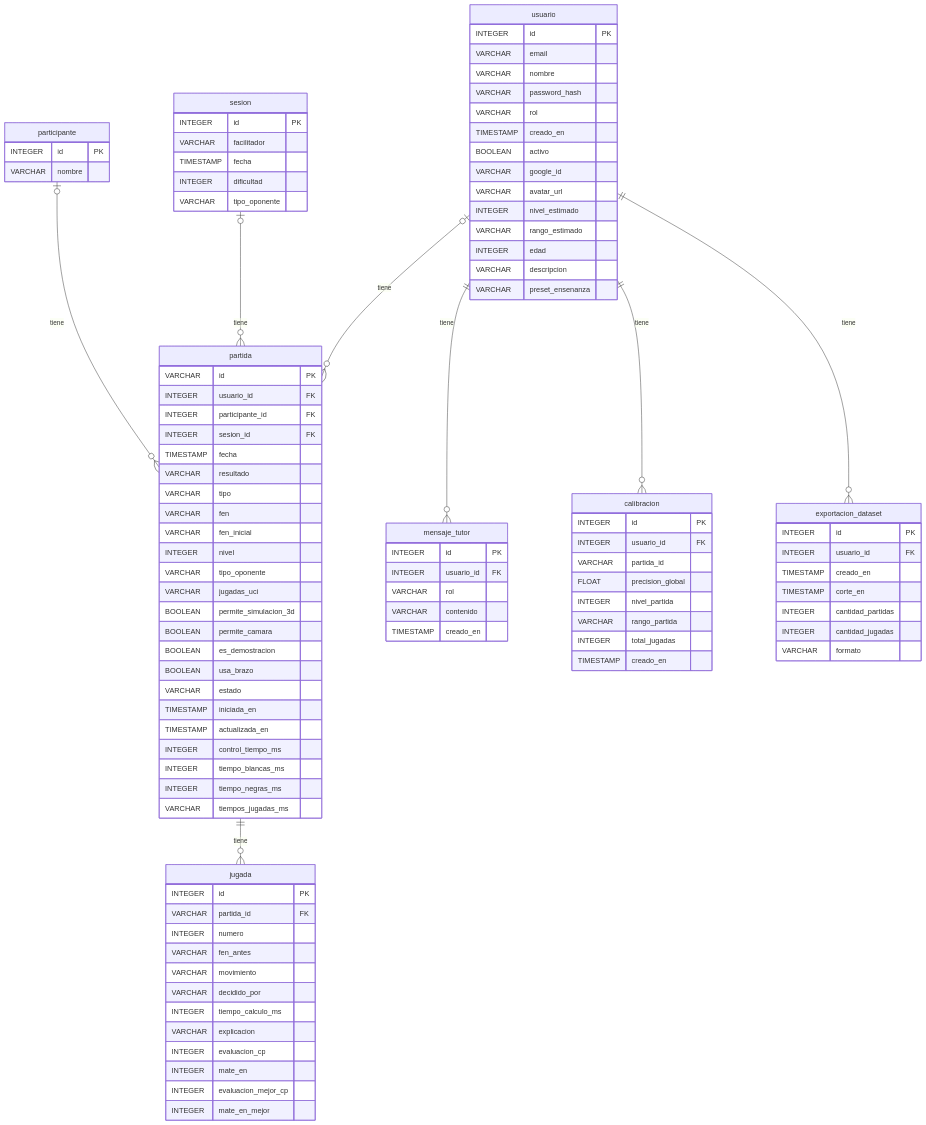
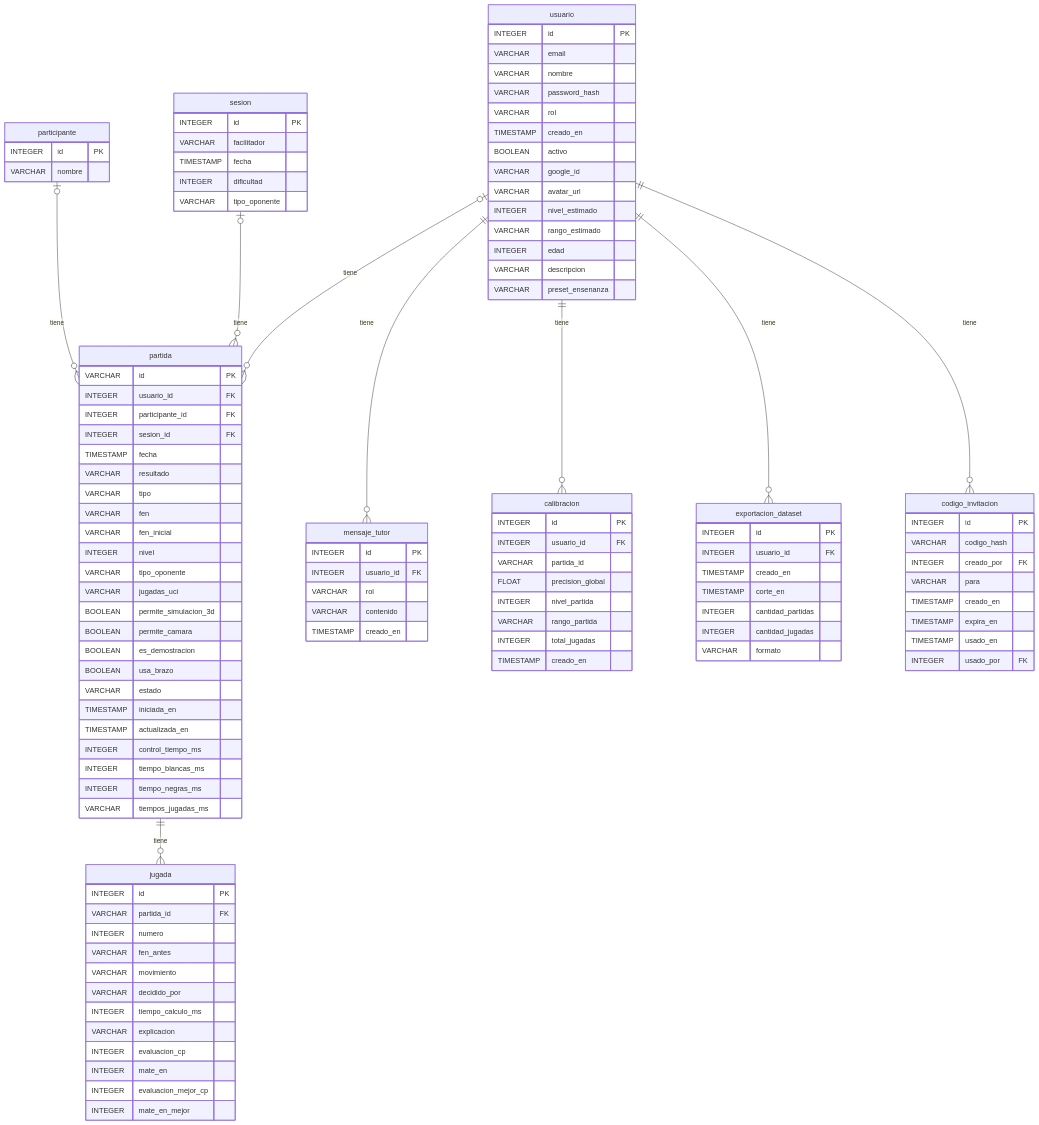
Before and after one commit to larzekao9/Brazo-Rob-tico-con-Inteligencia-Artificial-para-el-Aprendizaje-del-Ajedrez: the first of 2 diagrams in docs/base_de_datos/DICCIONARIO_DE_DATOS.md, drawn with Mermaid. The commit also changed other lines of this file and 19 other files, not shown here.

First line of the commit message:
feat(auth): gestion de usuarios y acceso de facilitadores solo con codigo de invitacion

```diff
--- a/docs/base_de_datos/DICCIONARIO_DE_DATOS.md
+++ b/docs/base_de_datos/DICCIONARIO_DE_DATOS.md
@@ -177,6 +195,7 @@
     usuario ||--o{ mensaje_tutor : tiene
     usuario ||--o{ calibracion : tiene
     usuario ||--o{ exportacion_dataset : tiene
+    usuario ||--o{ codigo_invitacion : tiene
     participante |o--o{ partida : tiene
     sesion |o--o{ partida : tiene
     participante {
@@ -215,6 +234,16 @@
         VARCHAR rango_partida
         INTEGER total_jugadas
         TIMESTAMP creado_en
+    }
+    codigo_invitacion {
+        INTEGER id PK
+        VARCHAR codigo_hash
+        INTEGER creado_por FK
+        VARCHAR para
+        TIMESTAMP creado_en
+        TIMESTAMP expira_en
+        TIMESTAMP usado_en
+        INTEGER usado_por FK
     }
     exportacion_dataset {
         INTEGER id PK
```
